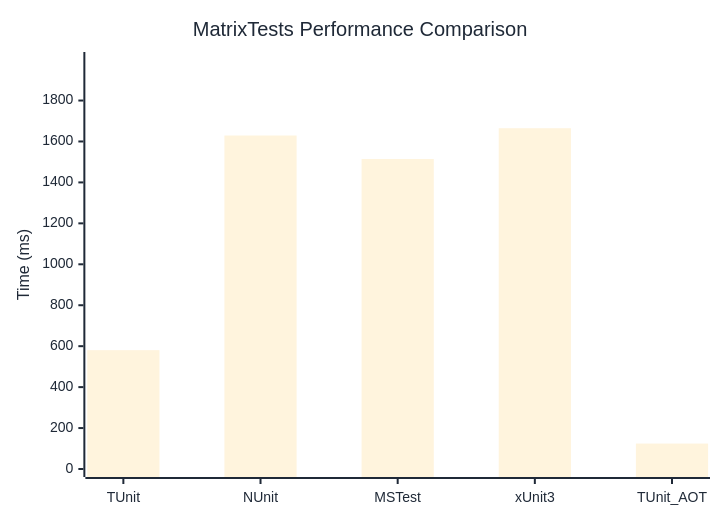
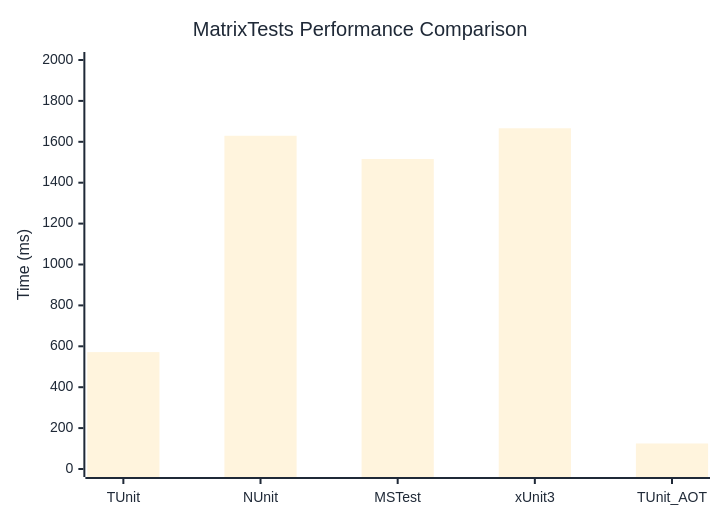
One commit to thomhurst/TUnit changed the diagram in docs/docs/benchmarks/MatrixTests.md. Above: the diagram before and after it, drawn with Mermaid. The commit also changed other lines of this file and 17 other files, not shown here.

````diff
--- a/docs/docs/benchmarks/MatrixTests.md
+++ b/docs/docs/benchmarks/MatrixTests.md
@@ -27,37 +27,37 @@
 ```mermaid
 %%{init: {
   'theme':'base',
   'themeVariables': {
     'primaryColor': '#2563eb',
     'primaryTextColor': '#1f2937',
     'primaryBorderColor': '#1e40af',
     'lineColor': '#6b7280',
     'secondaryColor': '#7c3aed',
     'tertiaryColor': '#dc2626',
     'background': '#ffffff',
     'mainBkg': '#2563eb',
     'secondBkg': '#7c3aed',
     'tertiaryBkg': '#dc2626',
     'clusterBkg': '#f3f4f6',
     'edgeLabelBackground': '#ffffff',
     'tertiaryTextColor': '#1f2937',
     'pie1': '#2563eb',
     'pie2': '#7c3aed',
     'pie3': '#dc2626',
     'pie4': '#f59e0b',
     'pie5': '#10b981',
     'pie6': '#06b6d4',
     'pie7': '#ec4899',
     'pie8': '#6366f1',
     'pie9': '#84cc16',
     'pie10': '#f97316',
     'pie11': '#14b8a6',
     'pie12': '#a855f7'
   }
 }}%%
 xychart-beta
   title "MatrixTests Performance Comparison"
   x-axis ["TUnit", "NUnit", "MSTest", "xUnit3", "TUnit_AOT"]
-  y-axis "Time (ms)" 0 --> 1998
-  bar [580.6, 1629.1, 1514.5, 1664.8, 124.2]
+  y-axis "Time (ms)" 0 --> 2000
+  bar [571.6, 1629.5, 1516, 1666.2, 124.8]
 ```
````
